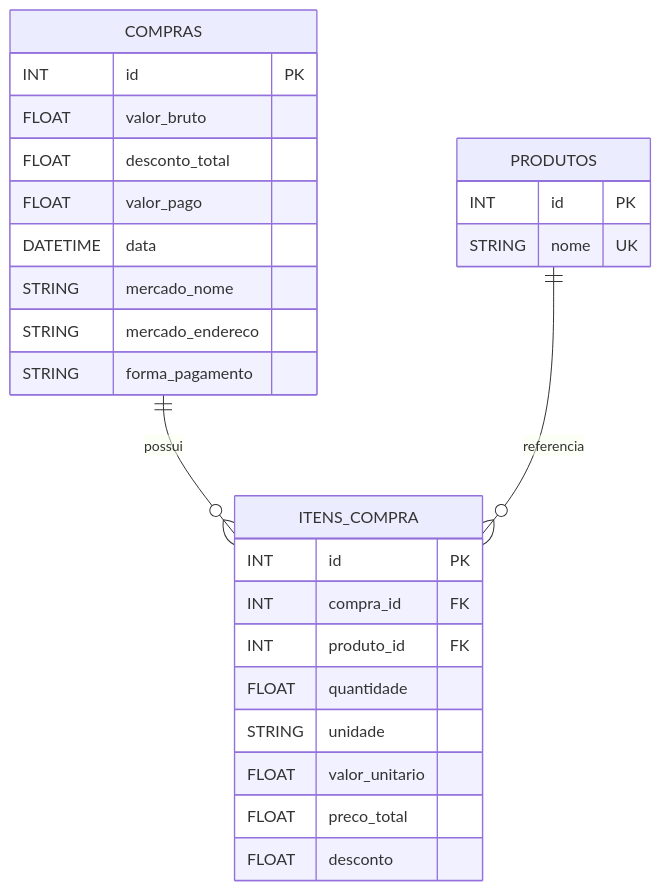
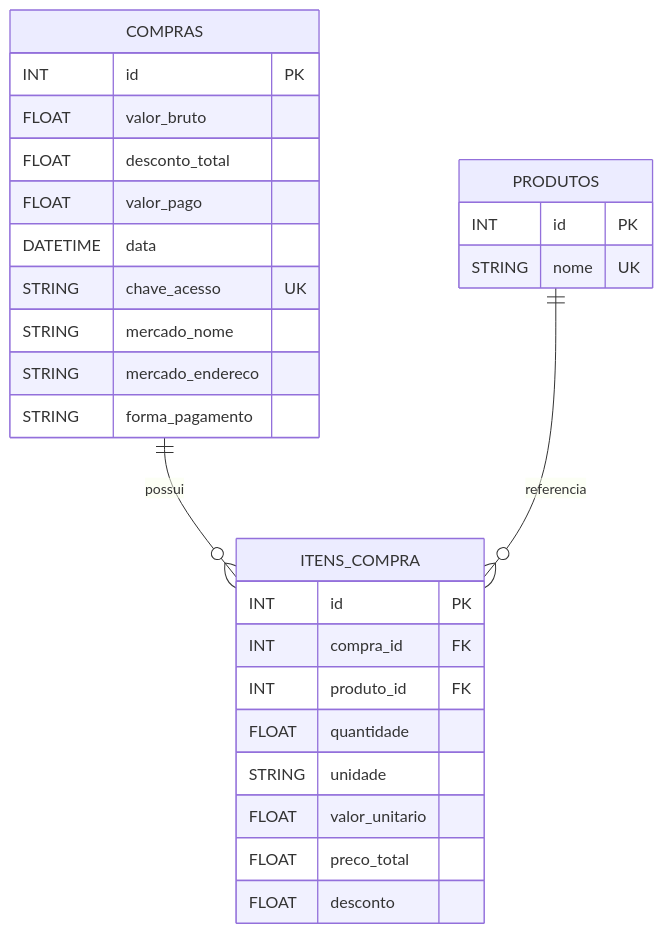
The diagram in ESTRUTURA_BANCO.md (JpegPython/nfce_api), drawn with Mermaid before and after one commit. The commit also changed other lines of this file and 15 other files, not shown here.

````diff
--- a/ESTRUTURA_BANCO.md
+++ b/ESTRUTURA_BANCO.md
@@ -12,32 +12,33 @@
 ```mermaid
 erDiagram
     COMPRAS ||--o{ ITENS_COMPRA : possui
     PRODUTOS ||--o{ ITENS_COMPRA : referencia
 
     COMPRAS {
         INT id PK
         FLOAT valor_bruto
         FLOAT desconto_total
         FLOAT valor_pago
         DATETIME data
+        STRING chave_acesso UK
         STRING mercado_nome
         STRING mercado_endereco
         STRING forma_pagamento
     }
 
     PRODUTOS {
         INT id PK
         STRING nome UK
     }
 
     ITENS_COMPRA {
         INT id PK
         INT compra_id FK
         INT produto_id FK
         FLOAT quantidade
         STRING unidade
         FLOAT valor_unitario
         FLOAT preco_total
         FLOAT desconto
     }
 ```
````
